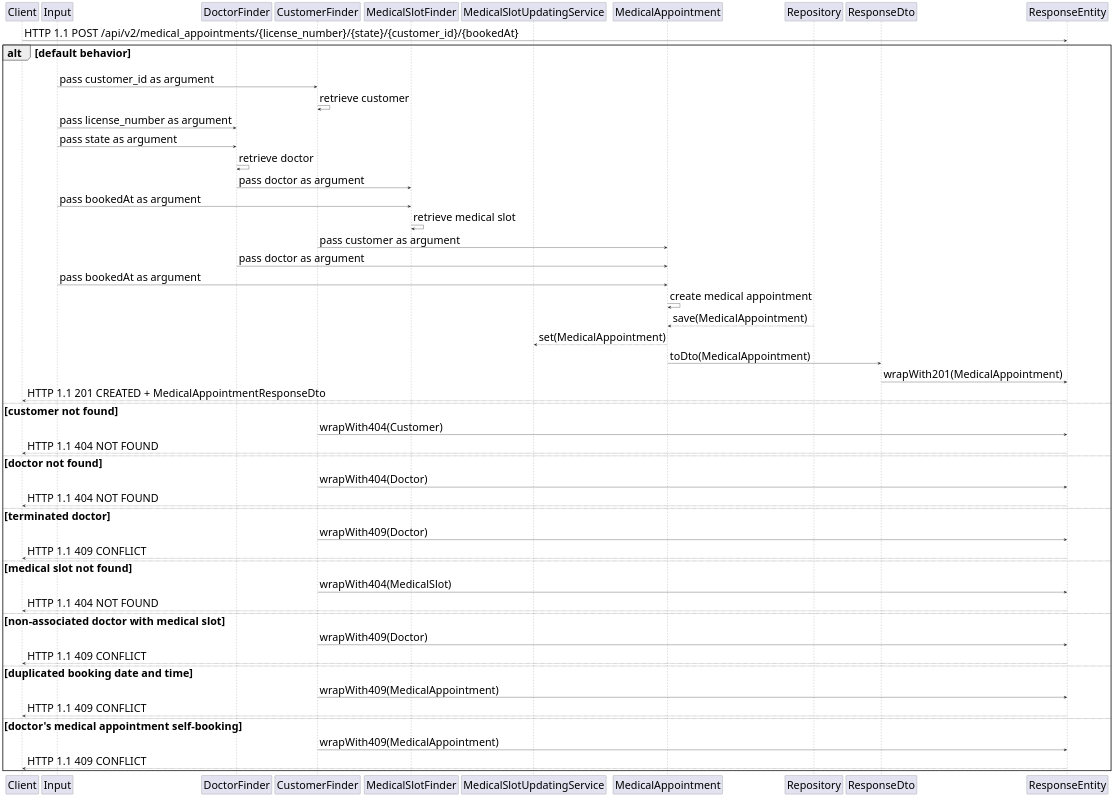
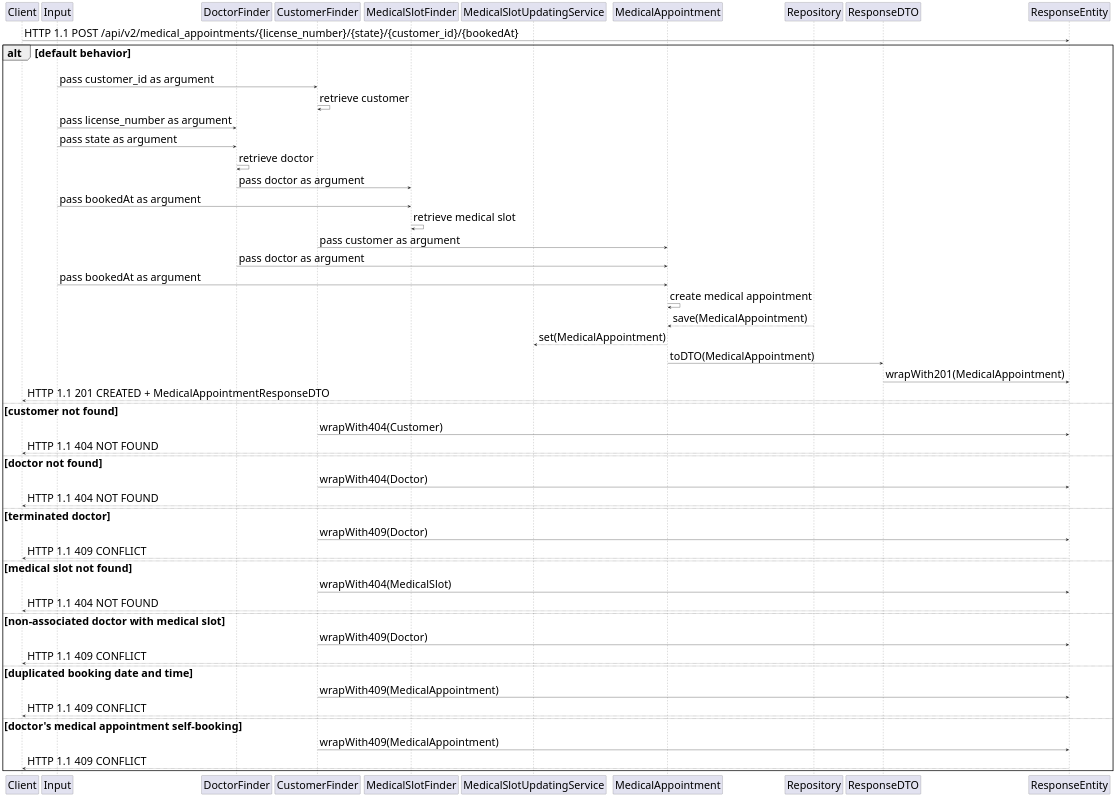
Before and after one commit to LazaroDamasceno/Dissertacao-Mestrado: the diagram in codes/medical_appointment_registration_sequence_diagram.wsd, drawn with PlantUML. The commit also changed 18 other files, not shown here.

```diff
--- a/codes/medical_appointment_registration_sequence_diagram.wsd
+++ b/codes/medical_appointment_registration_sequence_diagram.wsd
@@ -1,98 +1,98 @@
 @startuml
 
 skinparam defaultFontSize 37
 
 participant "Client"
 participant "Input"
 participant "DoctorFinder"
 participant "CustomerFinder"
 participant "MedicalSlotFinder"
 participant "MedicalSlotUpdatingService" as service
 participant "MedicalAppointment"
 participant "Repository" as repository
-participant "ResponseDto" as responseDto
+participant "ResponseDTO" as responseDTO
 participant "ResponseEntity"
 
 Client -> ResponseEntity: HTTP 1.1 POST /api/v2/medical_appointments/{license_number}/{state}/{customer_id}/{bookedAt}
 
 alt default behavior
 
 Input -> CustomerFinder: pass customer_id as argument
 
 CustomerFinder -> CustomerFinder: retrieve customer
 
 Input -> DoctorFinder: pass license_number as argument
 
 Input -> DoctorFinder: pass state as argument
 
 DoctorFinder -> DoctorFinder: retrieve doctor
 
 DoctorFinder -> MedicalSlotFinder: pass doctor as argument
 
 Input -> MedicalSlotFinder: pass bookedAt as argument
 
 MedicalSlotFinder -> MedicalSlotFinder: retrieve medical slot
 
 CustomerFinder -> MedicalAppointment: pass customer as argument
 
 DoctorFinder -> MedicalAppointment: pass doctor as argument
 
 Input -> MedicalAppointment: pass bookedAt as argument
 
 MedicalAppointment -> MedicalAppointment: create medical appointment
 
 MedicalAppointment <-- repository: save(MedicalAppointment)
 
 service <-- MedicalAppointment: set(MedicalAppointment)
 
-MedicalAppointment -> responseDto: toDto(MedicalAppointment)
+MedicalAppointment -> responseDTO: toDTO(MedicalAppointment)
 
-responseDto -> ResponseEntity: wrapWith201(MedicalAppointment)
+responseDTO -> ResponseEntity: wrapWith201(MedicalAppointment)
 
-Client <-- ResponseEntity: HTTP 1.1 201 CREATED + MedicalAppointmentResponseDto
+Client <-- ResponseEntity: HTTP 1.1 201 CREATED + MedicalAppointmentResponseDTO
 
 else customer not found
 
 CustomerFinder -> ResponseEntity: wrapWith404(Customer)
 
 Client <-- ResponseEntity: HTTP 1.1 404 NOT FOUND
 
 else doctor not found
 
 CustomerFinder -> ResponseEntity: wrapWith404(Doctor)
 
 Client <-- ResponseEntity: HTTP 1.1 404 NOT FOUND
 
 else terminated doctor
 
 CustomerFinder -> ResponseEntity: wrapWith409(Doctor)
 
 Client <-- ResponseEntity: HTTP 1.1 409 CONFLICT
 
 else medical slot not found
 
 CustomerFinder -> ResponseEntity: wrapWith404(MedicalSlot)
 
 Client <-- ResponseEntity: HTTP 1.1 404 NOT FOUND
 
 else non-associated doctor with medical slot
 
 CustomerFinder -> ResponseEntity: wrapWith409(Doctor)
 
 Client <-- ResponseEntity: HTTP 1.1 409 CONFLICT
 
 else duplicated booking date and time
 
 CustomerFinder -> ResponseEntity: wrapWith409(MedicalAppointment)
 
 Client <-- ResponseEntity: HTTP 1.1 409 CONFLICT
 
 else doctor's medical appointment self-booking
 
 CustomerFinder -> ResponseEntity: wrapWith409(MedicalAppointment)
 
 Client <-- ResponseEntity: HTTP 1.1 409 CONFLICT
 
 end
 
 @enduml
```
